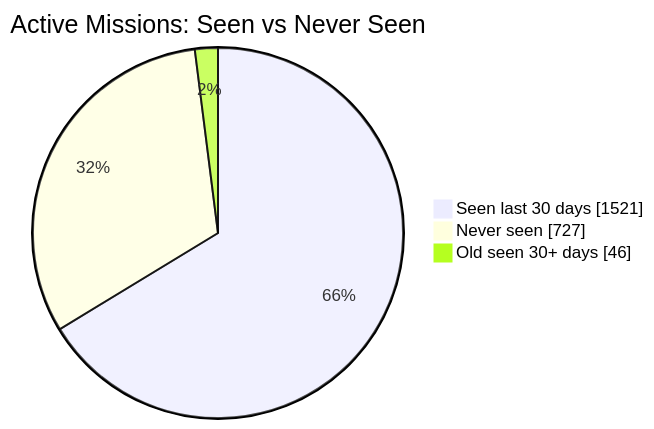
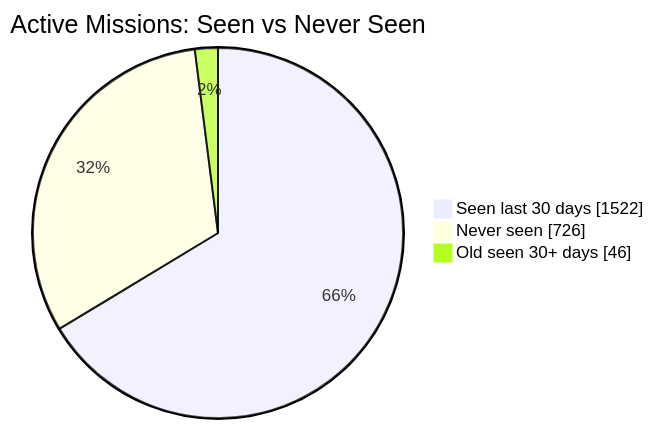
One commit to MeldkamerspelGameTeam/active-missions changed the first of 2 diagrams in README.md. Above: the diagram before and after it, drawn with Mermaid. The commit also changed other lines of this file and 2 other files, not shown here.

````diff
--- a/README.md
+++ b/README.md
@@ -34,7 +34,7 @@
 ```mermaid
 pie showData
     title Active Missions: Seen vs Never Seen
-    "Seen last 30 days" : 1521
-    "Never seen" : 727
+    "Seen last 30 days" : 1522
+    "Never seen" : 726
     "Old seen 30+ days" : 46
 ```
````
